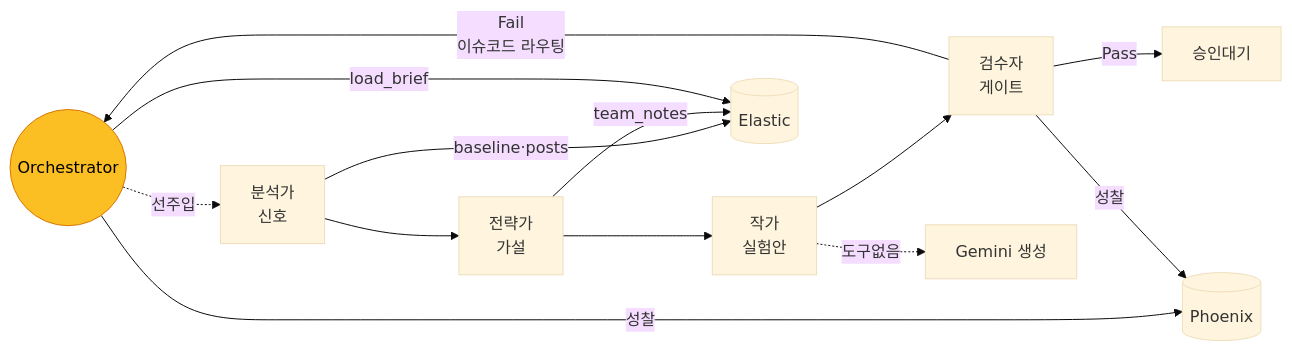
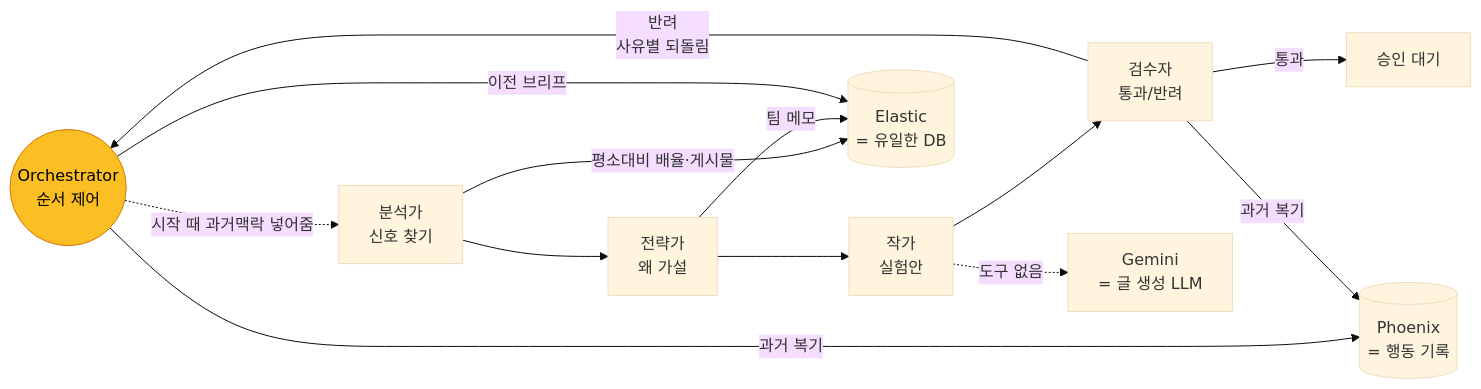
The first of 6 diagrams in docs/agent-tool-spec.md (bbororo5/google_rapid_agent_hackaton), drawn with Mermaid (base theme) before and after one commit. The commit also changed other lines of this file and 2 other files, not shown here.

First line of the commit message:
docs: clarify input-intent design, memory/DB flow, readable rewrite

````diff
--- a/docs/agent-tool-spec.md
+++ b/docs/agent-tool-spec.md
@@ -10,15 +10,15 @@
 ```mermaid
 flowchart LR
-    O((Orchestrator)):::ctl
-    O -.선주입.-> A
-    A[분석가<br/>신호] --> S[전략가<br/>가설] --> W[작가<br/>실험안] --> R[검수자<br/>게이트]
-    R -->|Pass| AP[승인대기]
-    R -->|Fail<br/>이슈코드 라우팅| O
-    A -->|baseline·posts| ES[(Elastic)]
-    S -->|team_notes| ES
-    O -->|load_brief| ES
-    O -->|성찰| PH[(Phoenix)]
-    R -->|성찰| PH
-    W -.도구없음.-> G[Gemini 생성]
+    O((Orchestrator<br/>순서 제어)):::ctl
+    O -.시작 때 과거맥락 넣어줌.-> A
+    A[분석가<br/>신호 찾기] --> S[전략가<br/>왜 가설] --> W[작가<br/>실험안] --> R[검수자<br/>통과/반려]
+    R -->|통과| AP[승인 대기]
+    R -->|반려<br/>사유별 되돌림| O
+    A -->|평소대비 배율·게시물| ES[(Elastic<br/>= 유일한 DB)]
+    S -->|팀 메모| ES
+    O -->|이전 브리프| ES
+    O -->|과거 복기| PH[(Phoenix<br/>= 행동 기록)]
+    R -->|과거 복기| PH
+    W -.도구 없음.-> G[Gemini<br/>= 글 생성 LLM]
     classDef ctl fill:#fbbf24,stroke:#d97706,color:#000;
 ```
````
